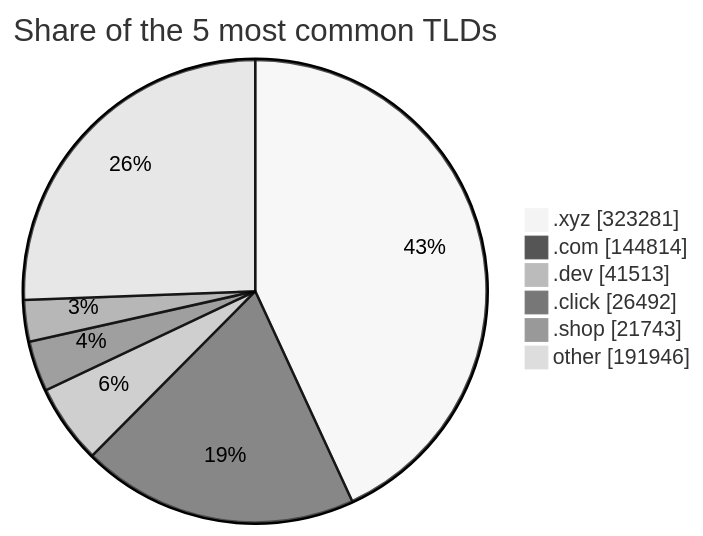
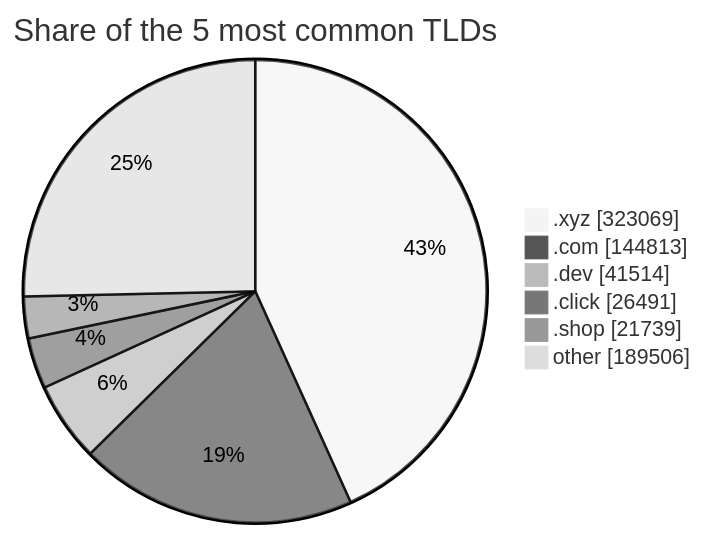
Before and after one commit to DNSBunker/CTI: the third of 3 diagrams in README.md, drawn with Mermaid (neutral theme). The commit also changed other lines of this file and 3 other files, not shown here.

````diff
--- a/README.md
+++ b/README.md
@@ -81,9 +81,9 @@
 ```mermaid
 pie showData title Share of the 5 most common TLDs
-    ".xyz" : 323281
-    ".com" : 144814
-    ".dev" : 41513
-    ".click" : 26492
-    ".shop" : 21743
-    "other" : 191946
+    ".xyz" : 323069
+    ".com" : 144813
+    ".dev" : 41514
+    ".click" : 26491
+    ".shop" : 21739
+    "other" : 189506
 ```
````
